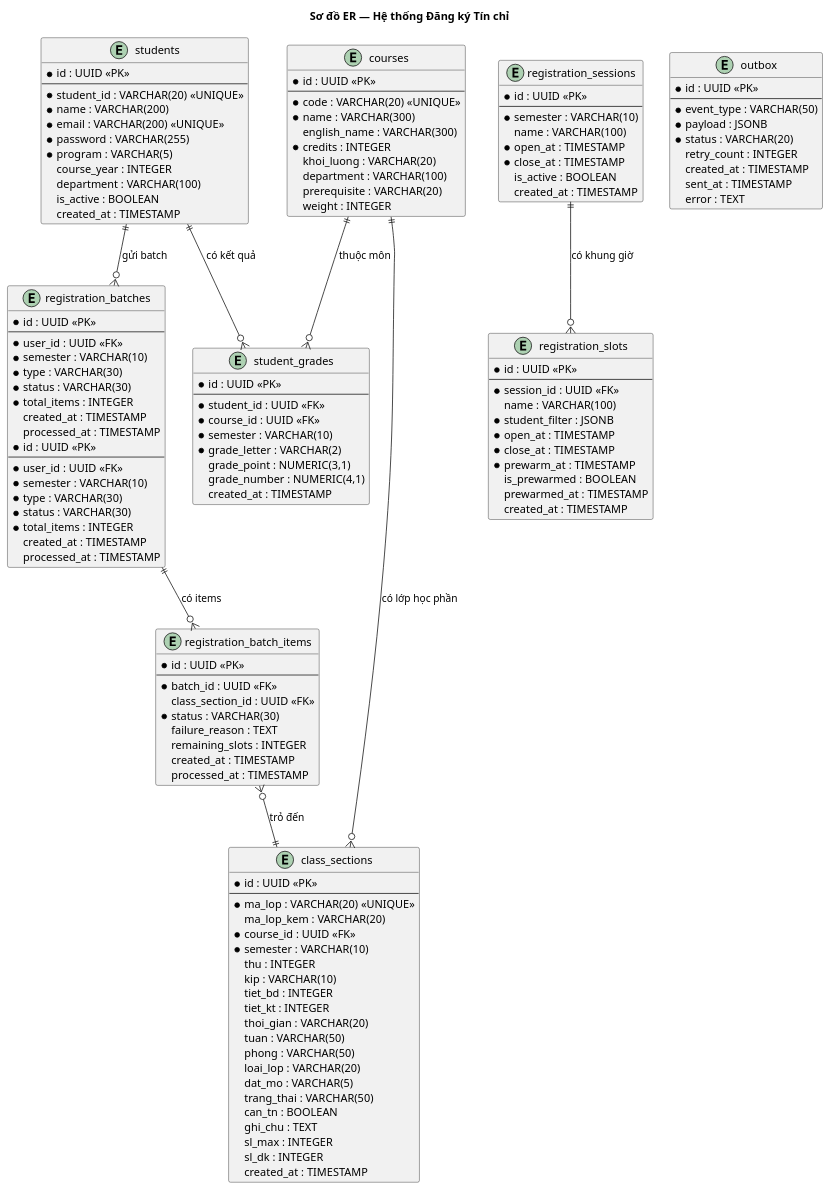
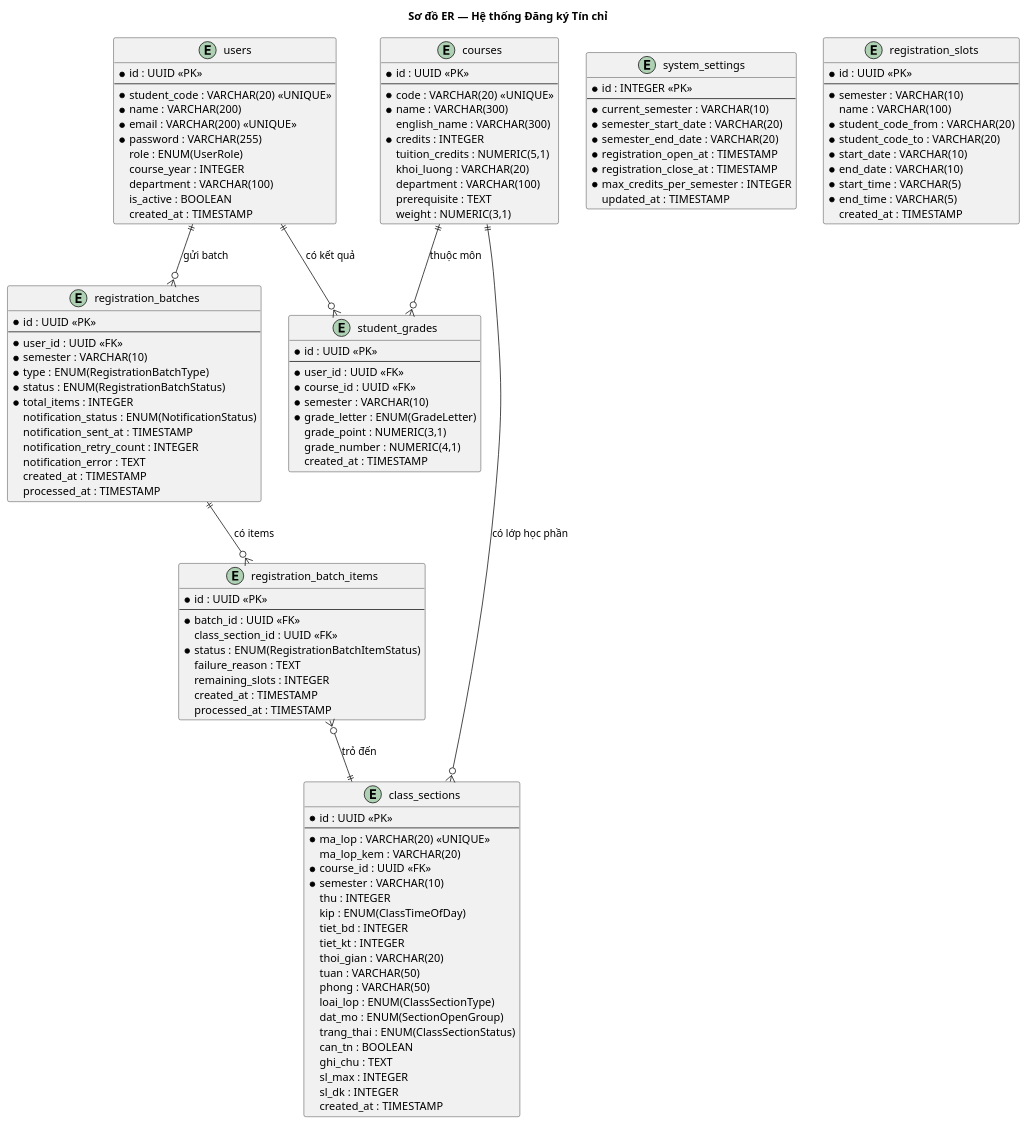
The diagram in docs/doc/database-design.md (huyhuyqazwsx/do_an_tot_nghiep), drawn with PlantUML before and after one commit. The commit also changed other lines of this file and 5 other files, not shown here.

```diff
--- a/docs/doc/database-design.md
+++ b/docs/doc/database-design.md
@@ -10,14 +10,14 @@
 @startuml ER_Diagram
 title Sơ đồ ER — Hệ thống Đăng ký Tín chỉ
 
-entity "students" as students {
+entity "users" as users {
   * id : UUID <<PK>>
   --
-  * student_id : VARCHAR(20) <<UNIQUE>>
+  * student_code : VARCHAR(20) <<UNIQUE>>
   * name : VARCHAR(200)
   * email : VARCHAR(200) <<UNIQUE>>
   * password : VARCHAR(255)
-  * program : VARCHAR(5)
+  role : ENUM(UserRole)
   course_year : INTEGER
   department : VARCHAR(100)
   is_active : BOOLEAN
@@ -31,10 +31,11 @@
   * name : VARCHAR(300)
   english_name : VARCHAR(300)
   * credits : INTEGER
+  tuition_credits : NUMERIC(5,1)
   khoi_luong : VARCHAR(20)
   department : VARCHAR(100)
-  prerequisite : VARCHAR(20)
-  weight : INTEGER
+  prerequisite : TEXT
+  weight : NUMERIC(3,1)
 }
 
 entity "class_sections" as class_sections {
@@ -45,15 +46,15 @@
   * course_id : UUID <<FK>>
   * semester : VARCHAR(10)
   thu : INTEGER
-  kip : VARCHAR(10)
+  kip : ENUM(ClassTimeOfDay)
   tiet_bd : INTEGER
   tiet_kt : INTEGER
   thoi_gian : VARCHAR(20)
   tuan : VARCHAR(50)
   phong : VARCHAR(50)
-  loai_lop : VARCHAR(20)
-  dat_mo : VARCHAR(5)
-  trang_thai : VARCHAR(50)
+  loai_lop : ENUM(ClassSectionType)
+  dat_mo : ENUM(SectionOpenGroup)
+  trang_thai : ENUM(ClassSectionStatus)
   can_tn : BOOLEAN
   ghi_chu : TEXT
   sl_max : INTEGER
@@ -66,21 +67,13 @@
   --
   * user_id : UUID <<FK>>
   * semester : VARCHAR(10)
-  * type : VARCHAR(30)      /' CREATE | CANCEL '/
-  * status : VARCHAR(30)    /' PENDING | COMPLETED '/
+  * type : ENUM(RegistrationBatchType)
+  * status : ENUM(RegistrationBatchStatus)
   * total_items : INTEGER
-  created_at : TIMESTAMP
-  processed_at : TIMESTAMP
-}
-
-entity "registration_batches" as reg_batches {
-  * id : UUID <<PK>>
-  --
-  * user_id : UUID <<FK>>
-  * semester : VARCHAR(10)
-  * type : VARCHAR(30)
-  * status : VARCHAR(30)
-  * total_items : INTEGER
+  notification_status : ENUM(NotificationStatus)
+  notification_sent_at : TIMESTAMP
+  notification_retry_count : INTEGER
+  notification_error : TEXT
   created_at : TIMESTAMP
   processed_at : TIMESTAMP
 }
@@ -90,7 +83,7 @@
   --
   * batch_id : UUID <<FK>>
   class_section_id : UUID <<FK>>
-  * status : VARCHAR(30)     /' PENDING | SUCCESS | FAILED '/
+  * status : ENUM(RegistrationBatchItemStatus)
   failure_reason : TEXT
   remaining_slots : INTEGER
   created_at : TIMESTAMP
@@ -100,58 +93,46 @@
 entity "student_grades" as student_grades {
   * id : UUID <<PK>>
   --
-  * student_id : UUID <<FK>>
+  * user_id : UUID <<FK>>
   * course_id : UUID <<FK>>
   * semester : VARCHAR(10)
-  * grade_letter : VARCHAR(2)
+  * grade_letter : ENUM(GradeLetter)
   grade_point : NUMERIC(3,1)
   grade_number : NUMERIC(4,1)
   created_at : TIMESTAMP
 }
 
-entity "registration_sessions" as reg_sessions {
-  * id : UUID <<PK>>
+entity "system_settings" as sys_settings {
+  * id : INTEGER <<PK>>
   --
-  * semester : VARCHAR(10)
-  name : VARCHAR(100)
-  * open_at : TIMESTAMP
-  * close_at : TIMESTAMP
-  is_active : BOOLEAN
-  created_at : TIMESTAMP
+  * current_semester : VARCHAR(10)
+  * semester_start_date : VARCHAR(20)
+  * semester_end_date : VARCHAR(20)
+  * registration_open_at : TIMESTAMP
+  * registration_close_at : TIMESTAMP
+  * max_credits_per_semester : INTEGER
+  updated_at : TIMESTAMP
 }
 
 entity "registration_slots" as reg_slots {
   * id : UUID <<PK>>
   --
-  * session_id : UUID <<FK>>
+  * semester : VARCHAR(10)
   name : VARCHAR(100)
-  * student_filter : JSONB
-  * open_at : TIMESTAMP
-  * close_at : TIMESTAMP
-  * prewarm_at : TIMESTAMP
-  is_prewarmed : BOOLEAN
-  prewarmed_at : TIMESTAMP
+  * student_code_from : VARCHAR(20)
+  * student_code_to : VARCHAR(20)
+  * start_date : VARCHAR(10)
+  * end_date : VARCHAR(10)
+  * start_time : VARCHAR(5)
+  * end_time : VARCHAR(5)
   created_at : TIMESTAMP
 }
 
-entity "outbox" as outbox {
-  * id : UUID <<PK>>
-  --
-  * event_type : VARCHAR(50)
-  * payload : JSONB
-  * status : VARCHAR(20)
-  retry_count : INTEGER
-  created_at : TIMESTAMP
-  sent_at : TIMESTAMP
-  error : TEXT
-}
-
 ' Relationships
-students ||--o{ student_grades : "có kết quả"
+users ||--o{ student_grades : "có kết quả"
 courses ||--o{ student_grades : "thuộc môn"
 courses ||--o{ class_sections : "có lớp học phần"
-reg_sessions ||--o{ reg_slots : "có khung giờ"
-students ||--o{ reg_batches : "gửi batch"
+users ||--o{ reg_batches : "gửi batch"
 reg_batches ||--o{ reg_batch_items : "có items"
 reg_batch_items }o--|| class_sections : "trỏ đến"
 
```
